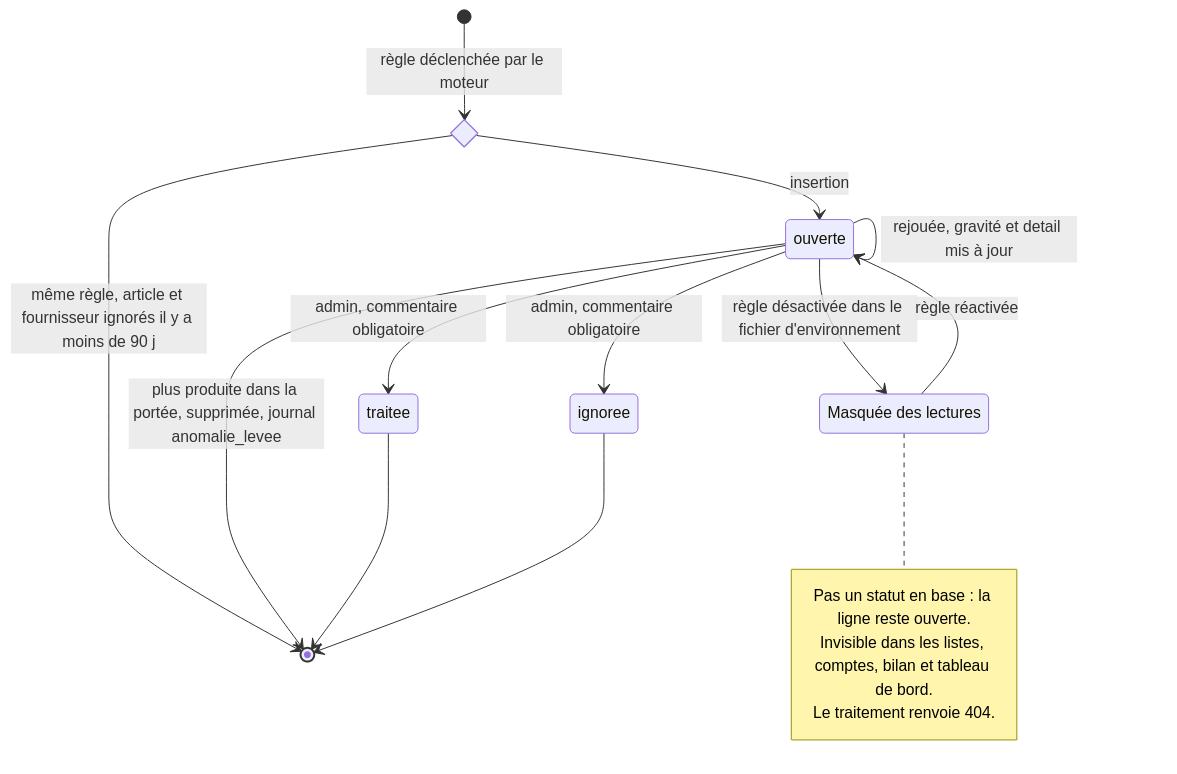
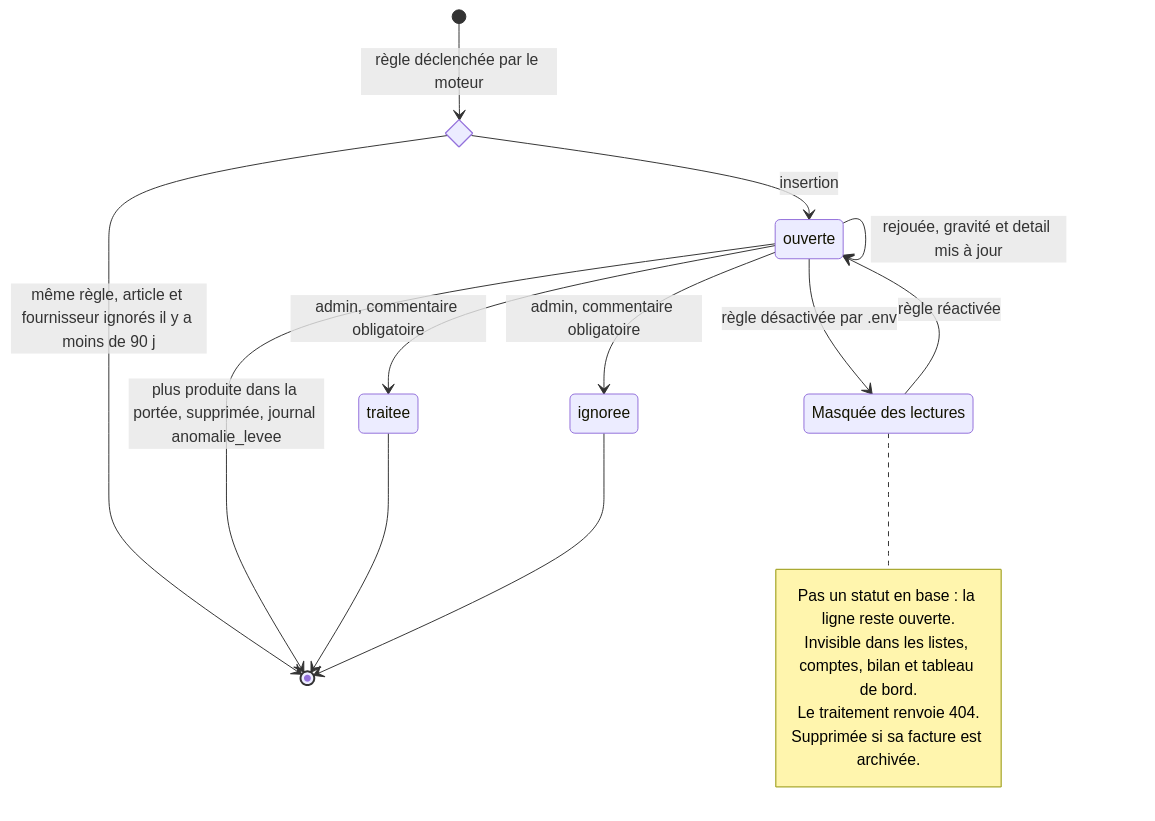
Before and after one commit to Asuura666/habitat-renovation: diagram 11 of 14 in ARCHITECTURE.md, drawn with Mermaid. The commit also changed other lines of this file, not shown here.

First line of the commit message:
docs: ARCHITECTURE.md — corrections de vérification

````diff
--- a/ARCHITECTURE.md
+++ b/ARCHITECTURE.md
@@ -762,21 +828,22 @@
 ```mermaid
 stateDiagram-v2
   state produite <<choice>>
   state "Masquée des lectures" as masquee
   [*] --> produite : règle déclenchée par le moteur
   produite --> [*] : même règle, article et fournisseur ignorés il y a moins de 90 j
   produite --> ouverte : insertion
   ouverte --> ouverte : rejouée, gravité et detail mis à jour
   ouverte --> [*] : plus produite dans la portée, supprimée, journal anomalie_levee
   ouverte --> traitee : admin, commentaire obligatoire
   ouverte --> ignoree : admin, commentaire obligatoire
-  ouverte --> masquee : règle désactivée dans le fichier d'environnement
+  ouverte --> masquee : règle désactivée par .env
   masquee --> ouverte : règle réactivée
   traitee --> [*]
   ignoree --> [*]
   note right of masquee
     Pas un statut en base : la ligne reste ouverte.
     Invisible dans les listes, comptes, bilan et tableau de bord.
     Le traitement renvoie 404.
+    Supprimée si sa facture est archivée.
   end note
 ```
````
